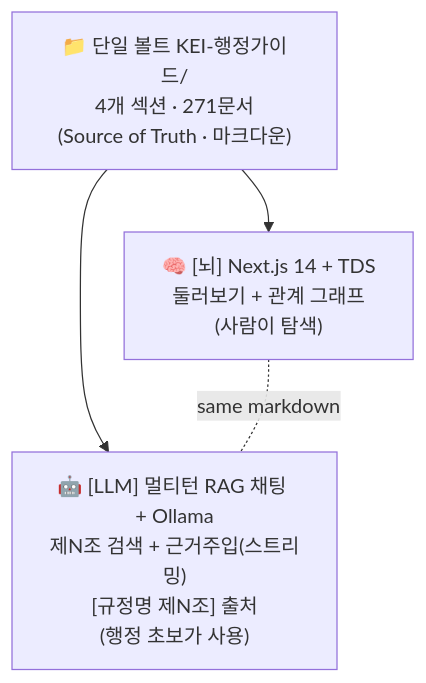
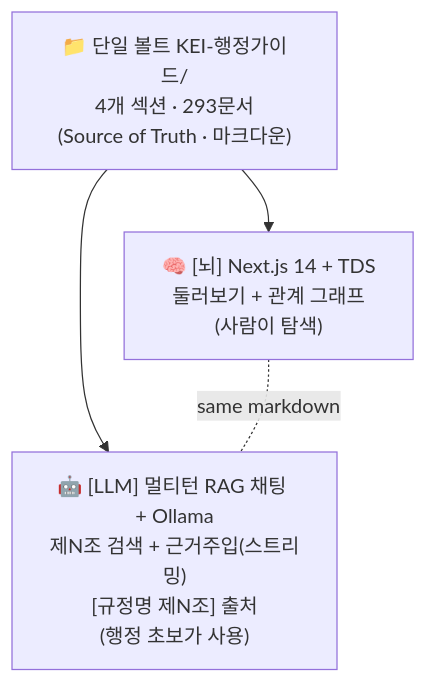
The second of 3 diagrams in docs/01-overview.md (mooner92/KEIAdminSuperv), drawn with Mermaid before and after one commit. The commit also changed other lines of this file and 17 other files, not shown here.

````diff
--- a/docs/01-overview.md
+++ b/docs/01-overview.md
@@ -63,7 +63,7 @@
 ```mermaid
 flowchart TD
-    V["📁 단일 볼트 KEI-행정가이드/<br/>4개 섹션 · 271문서<br/>(Source of Truth · 마크다운)"]
+    V["📁 단일 볼트 KEI-행정가이드/<br/>4개 섹션 · 293문서<br/>(Source of Truth · 마크다운)"]
     V --> Brain["🧠 [뇌] Next.js 14 + TDS<br/>둘러보기 + 관계 그래프<br/>(사람이 탐색)"]
     V --> Assist["🤖 [LLM] 멀티턴 RAG 채팅 + Ollama<br/>제N조 검색 + 근거주입(스트리밍)<br/>[규정명 제N조] 출처<br/>(행정 초보가 사용)"]
     Brain -.same markdown.- Assist
 ```
````
